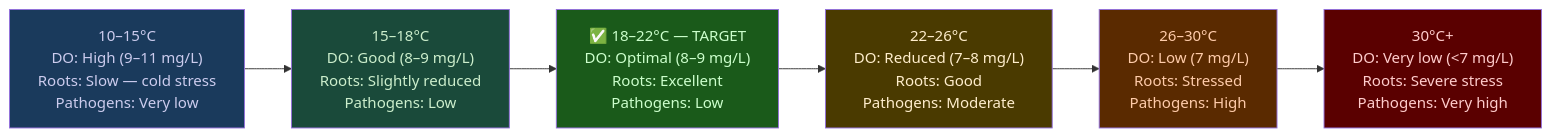
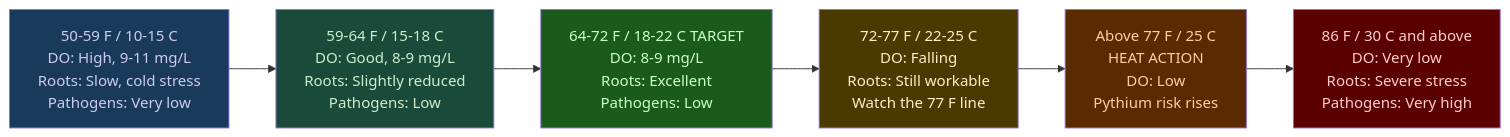
Before and after one commit to UncleJS/guide_hydroponics: the third of 4 diagrams in guide/nft/02-nutrient-solution.md, drawn with Mermaid. The commit also changed other lines of this file and 35 other files, not shown here.

````diff
--- a/guide/nft/02-nutrient-solution.md
+++ b/guide/nft/02-nutrient-solution.md
@@ -373,18 +394,18 @@
 ```mermaid
 flowchart LR
-    T1["10–15°C<br/>DO: High (9–11 mg/L)<br/>Roots: Slow — cold stress<br/>Pathogens: Very low"]
-    T2["15–18°C<br/>DO: Good (8–9 mg/L)<br/>Roots: Slightly reduced<br/>Pathogens: Low"]
-    T3["✅ 18–22°C — TARGET<br/>DO: Optimal (8–9 mg/L)<br/>Roots: Excellent<br/>Pathogens: Low"]
-    T4["22–26°C<br/>DO: Reduced (7–8 mg/L)<br/>Roots: Good<br/>Pathogens: Moderate"]
-    T5["26–30°C<br/>DO: Low (7 mg/L)<br/>Roots: Stressed<br/>Pathogens: High"]
-    T6["30°C+<br/>DO: Very low (&lt;7 mg/L)<br/>Roots: Severe stress<br/>Pathogens: Very high"]
+    T1["50-59 F / 10-15 C<br/>DO: High, 9-11 mg/L<br/>Roots: Slow, cold stress<br/>Pathogens: Very low"]
+    T2["59-64 F / 15-18 C<br/>DO: Good, 8-9 mg/L<br/>Roots: Slightly reduced<br/>Pathogens: Low"]
+    T3["64-72 F / 18-22 C TARGET<br/>DO: 8-9 mg/L<br/>Roots: Excellent<br/>Pathogens: Low"]
+    T4["72-77 F / 22-25 C<br/>DO: Falling<br/>Roots: Still workable<br/>Watch the 77 F line"]
+    T5["Above 77 F / 25 C<br/>HEAT ACTION<br/>DO: Low<br/>Pythium risk rises"]
+    T6["86 F / 30 C and above<br/>DO: Very low<br/>Roots: Severe stress<br/>Pathogens: Very high"]
 
     T1 --> T2 --> T3 --> T4 --> T5 --> T6
 
     style T1 fill:#1a3a5c,color:#cce
     style T2 fill:#1a4a3a,color:#cec
     style T3 fill:#1a5a1a,color:#cfc
     style T4 fill:#4a3a00,color:#fec
     style T5 fill:#5a2a00,color:#fca
     style T6 fill:#5a0000,color:#fcc
 ```
````
